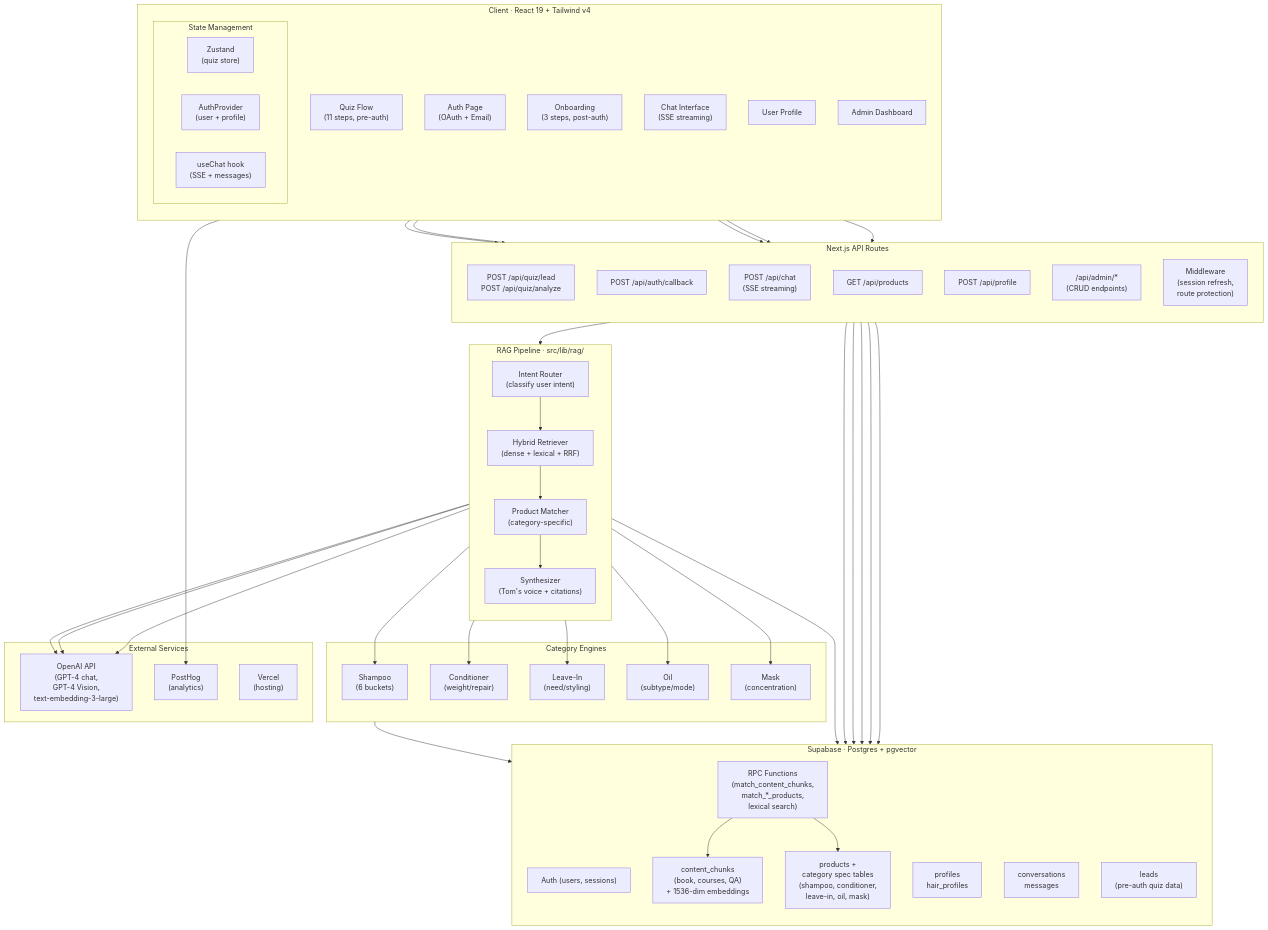
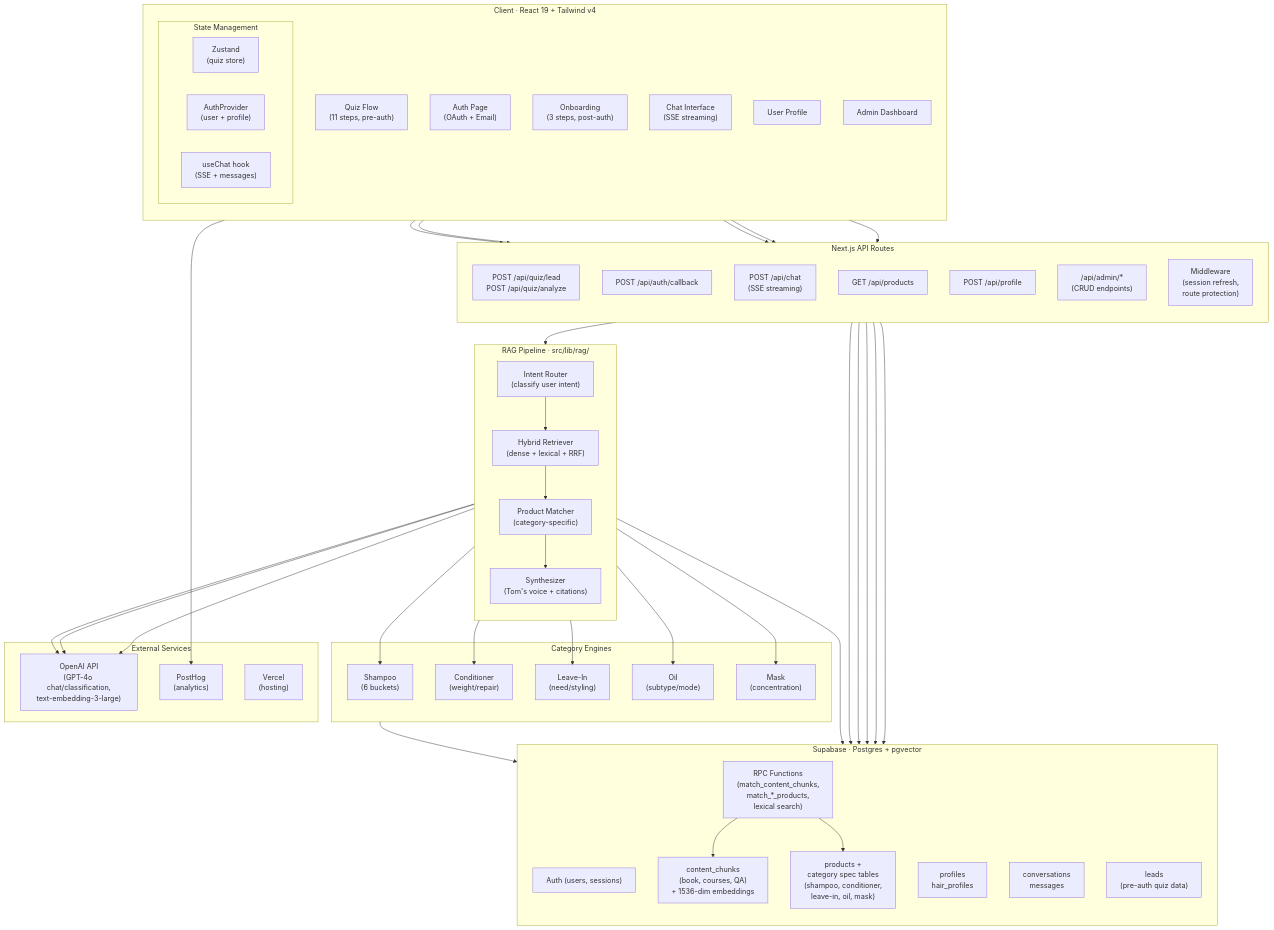
Before and after one commit to NickRuppy/hair_concierge: the first of 4 diagrams in OVERVIEW.md, drawn with Mermaid. The commit also changed other lines of this file, not shown here.

Commit message:
docs: align architecture overview with launch chat scope

```diff
--- a/OVERVIEW.md
+++ b/OVERVIEW.md
@@ -87,7 +87,7 @@
     end
 
     subgraph External["External Services"]
-        OpenAI["OpenAI API<br/>(GPT-4 chat,<br/>GPT-4 Vision,<br/>text-embedding-3-large)"]
+        OpenAI["OpenAI API<br/>(GPT-4o chat/classification,<br/>text-embedding-3-large)"]
         PostHog["PostHog<br/>(analytics)"]
         Vercel["Vercel<br/>(hosting)"]
     end
```
